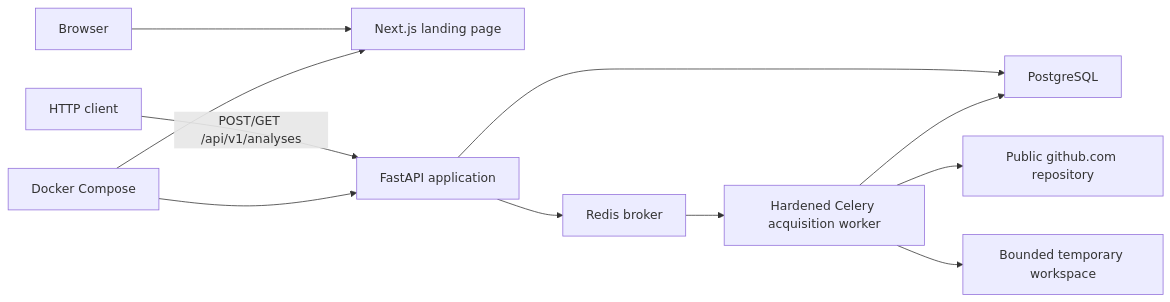
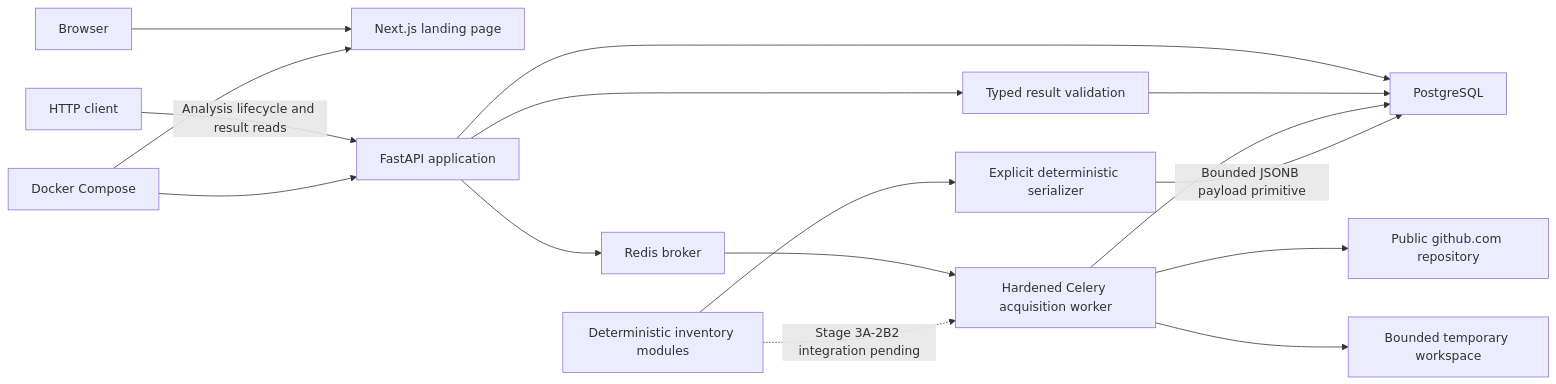
One commit to vedatbulucular/repolens changed the first of 3 diagrams in docs/architecture.md. Above: the diagram before and after it, drawn with Mermaid. The commit also changed other lines of this file and 18 other files, not shown here.

Commit message:
feat(api): add analysis result persistence and API

````diff
--- a/docs/architecture.md
+++ b/docs/architecture.md
@@ -26,13 +26,18 @@
 ```mermaid
 flowchart LR
     B["Browser"] --> W["Next.js landing page"]
-    C["HTTP client"] -->|"POST/GET /api/v1/analyses"| A["FastAPI application"]
+    C["HTTP client"] -->|"Analysis lifecycle and result reads"| A["FastAPI application"]
     D["Docker Compose"] --> W
     D --> A
     A --> P["PostgreSQL"]
+    A --> J["Typed result validation"]
+    J --> P
     A --> R["Redis broker"]
     R --> K["Hardened Celery acquisition worker"]
     K --> P
     K --> G["Public github.com repository"]
     K --> T["Bounded temporary workspace"]
+    E["Deterministic inventory modules"] -. "Stage 3A-2B2 integration pending" .-> K
+    E --> S["Explicit deterministic serializer"]
+    S -->|"Bounded JSONB payload primitive"| P
 ```
````
